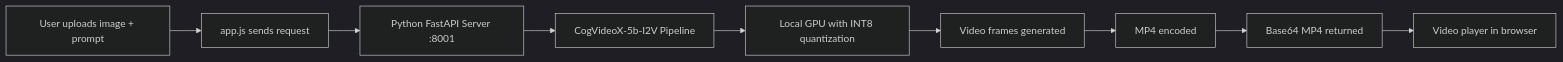
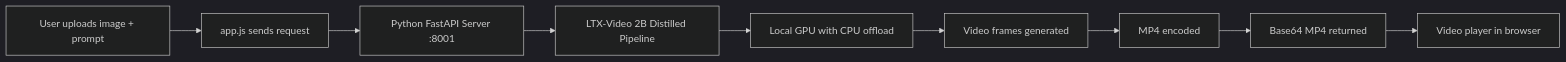
The third of 3 diagrams in ARCHITECTURE.md (leezter/Background-Dodger), drawn with Mermaid (dark theme) before and after one commit. The commit also changed other lines of this file and 4 other files, not shown here.

Commit message:
Fixed LTX-Video backend functionality

````diff
--- a/ARCHITECTURE.md
+++ b/ARCHITECTURE.md
@@ -36,11 +36,11 @@
 ```mermaid
 flowchart LR
     A[User uploads image + prompt] --> B[app.js sends request]
     B --> C[Python FastAPI Server :8001]
-    C --> D[CogVideoX-5b-I2V Pipeline]
-    D --> E[Local GPU with INT8 quantization]
+    C --> D[LTX-Video 2B Distilled Pipeline]
+    D --> E[Local GPU with CPU offload]
     E --> F[Video frames generated]
     F --> G[MP4 encoded]
     G --> H[Base64 MP4 returned]
     H --> I[Video player in browser]
 ```
````
